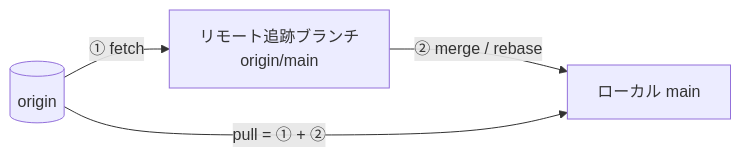
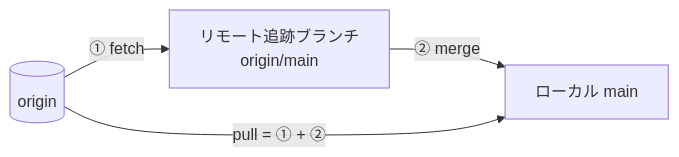
One commit to ykgw-daiki-nakamura/nakamura-git-tutorial changed the second of 2 diagrams in docs/guide/remote.md. Above: the diagram before and after it, drawn with Mermaid. The commit also changed other lines of this file and 6 other files, not shown here.

First line of the commit message:
docs(guide): rebase のローカル操作の記述を削除し pull --rebase を fetch + merge に置換する (#294)

````diff
--- a/docs/guide/remote.md
+++ b/docs/guide/remote.md
@@ -61,6 +61,6 @@
 ```mermaid
 flowchart LR
     OR[(origin)] -->|"① fetch"| RT["リモート追跡ブランチ<br/>origin/main"]
-    RT -->|"② merge / rebase"| LB[ローカル main]
+    RT -->|"② merge"| LB[ローカル main]
     OR -->|"pull = ① + ②"| LB
 ```
````
